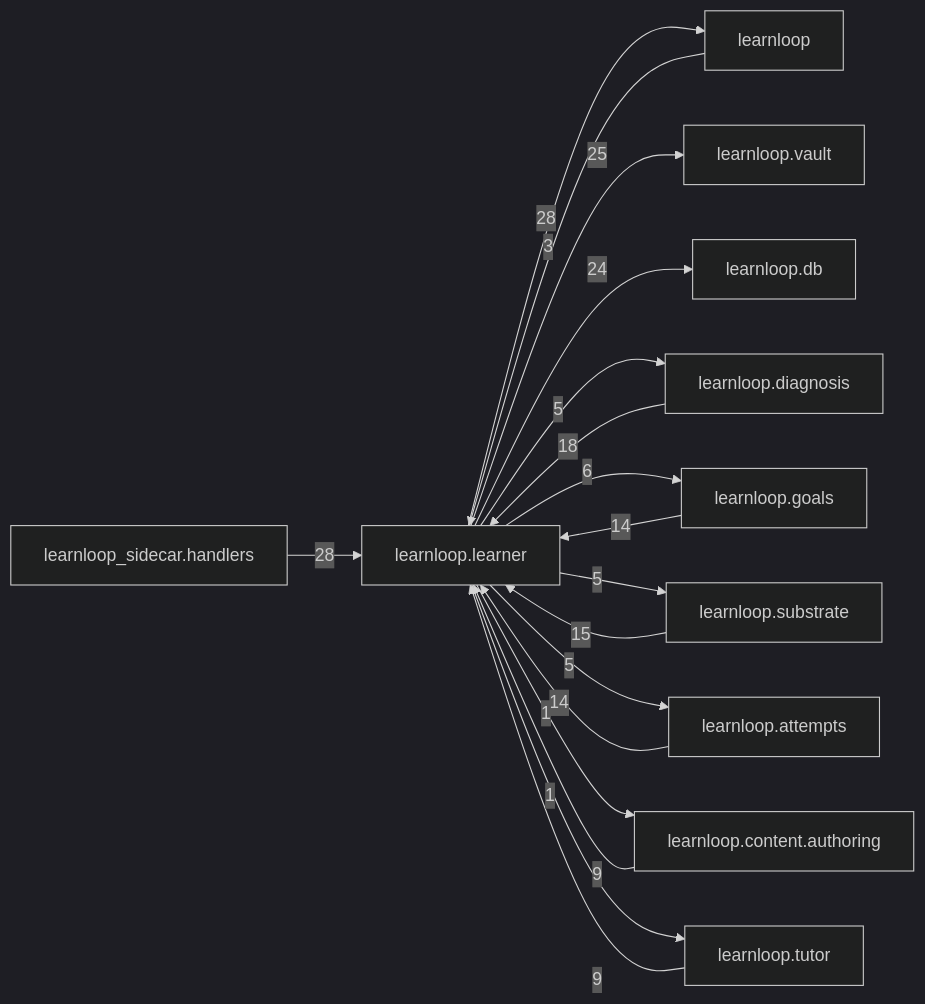
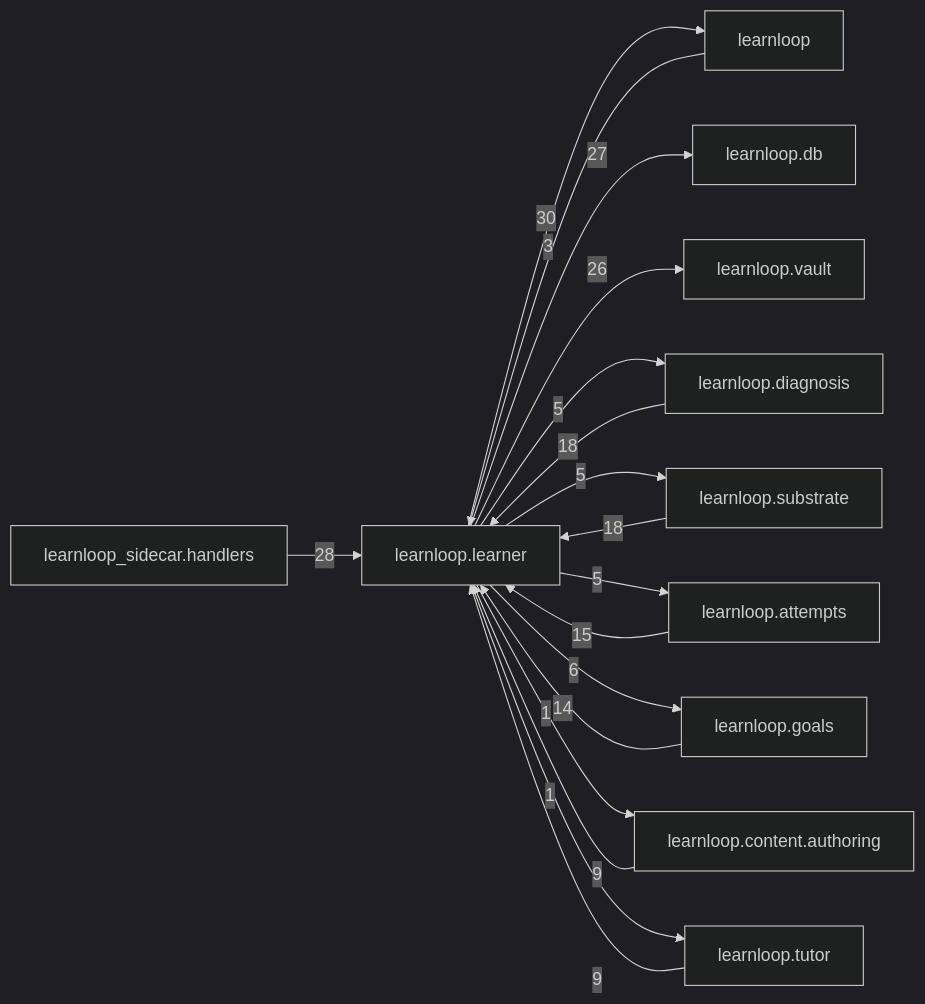
One commit to 6up-b/learnanything changed the diagram in docs/learnloop-architecture-vault/Reference/Modules/learnloop/learner/_package.md. Above: the diagram before and after it, drawn with Mermaid (dark theme). The commit also changed other lines of this file and 44 other files, not shown here.

````diff
--- a/docs/learnloop-architecture-vault/Reference/Modules/learnloop/learner/_package.md
+++ b/docs/learnloop-architecture-vault/Reference/Modules/learnloop/learner/_package.md
@@ -156,31 +158,31 @@
 ```mermaid
 flowchart LR
     center["learnloop.learner"]
     n_learnloop["learnloop"]
     n_learnloop_sidecar_handlers["learnloop_sidecar.handlers"]
+    n_learnloop_db["learnloop.db"]
     n_learnloop_vault["learnloop.vault"]
-    n_learnloop_db["learnloop.db"]
     n_learnloop_diagnosis["learnloop.diagnosis"]
-    n_learnloop_goals["learnloop.goals"]
     n_learnloop_substrate["learnloop.substrate"]
     n_learnloop_attempts["learnloop.attempts"]
+    n_learnloop_goals["learnloop.goals"]
     n_learnloop_content_authoring["learnloop.content.authoring"]
     n_learnloop_tutor["learnloop.tutor"]
     n_learnloop -->|3| center
-    center -->|28| n_learnloop
+    center -->|30| n_learnloop
     n_learnloop_sidecar_handlers -->|28| center
-    center -->|25| n_learnloop_vault
-    center -->|24| n_learnloop_db
+    center -->|27| n_learnloop_db
+    center -->|26| n_learnloop_vault
     n_learnloop_diagnosis -->|18| center
     center -->|5| n_learnloop_diagnosis
+    n_learnloop_substrate -->|18| center
+    center -->|5| n_learnloop_substrate
+    n_learnloop_attempts -->|15| center
+    center -->|5| n_learnloop_attempts
     n_learnloop_goals -->|14| center
     center -->|6| n_learnloop_goals
-    n_learnloop_substrate -->|15| center
-    center -->|5| n_learnloop_substrate
-    n_learnloop_attempts -->|14| center
-    center -->|5| n_learnloop_attempts
     n_learnloop_content_authoring -->|9| center
     center -->|1| n_learnloop_content_authoring
     n_learnloop_tutor -->|9| center
     center -->|1| n_learnloop_tutor
 ```
````
